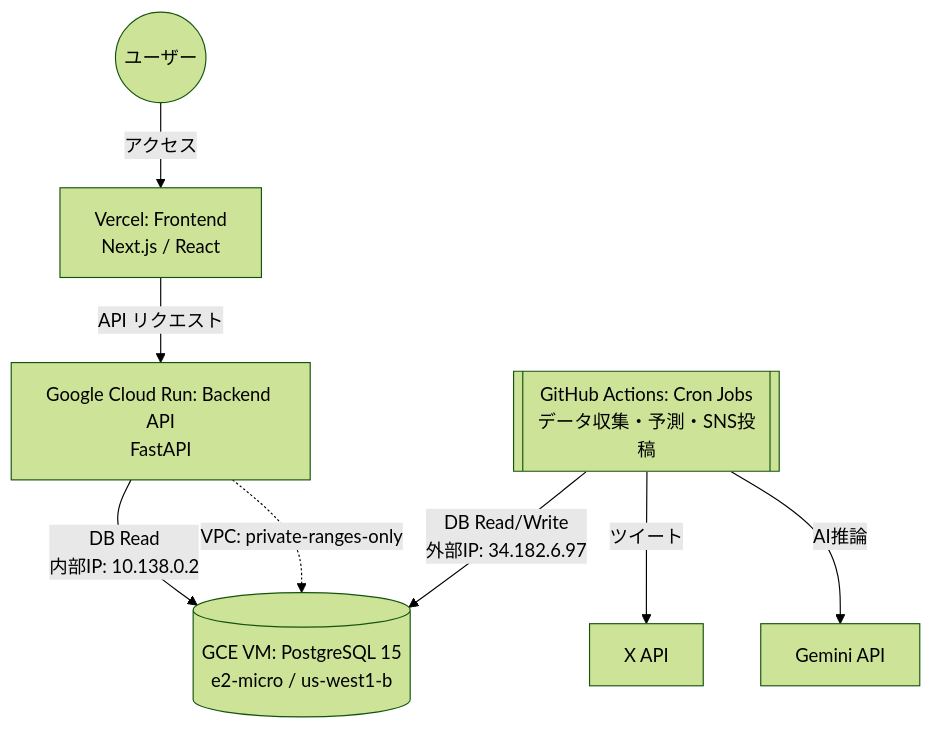
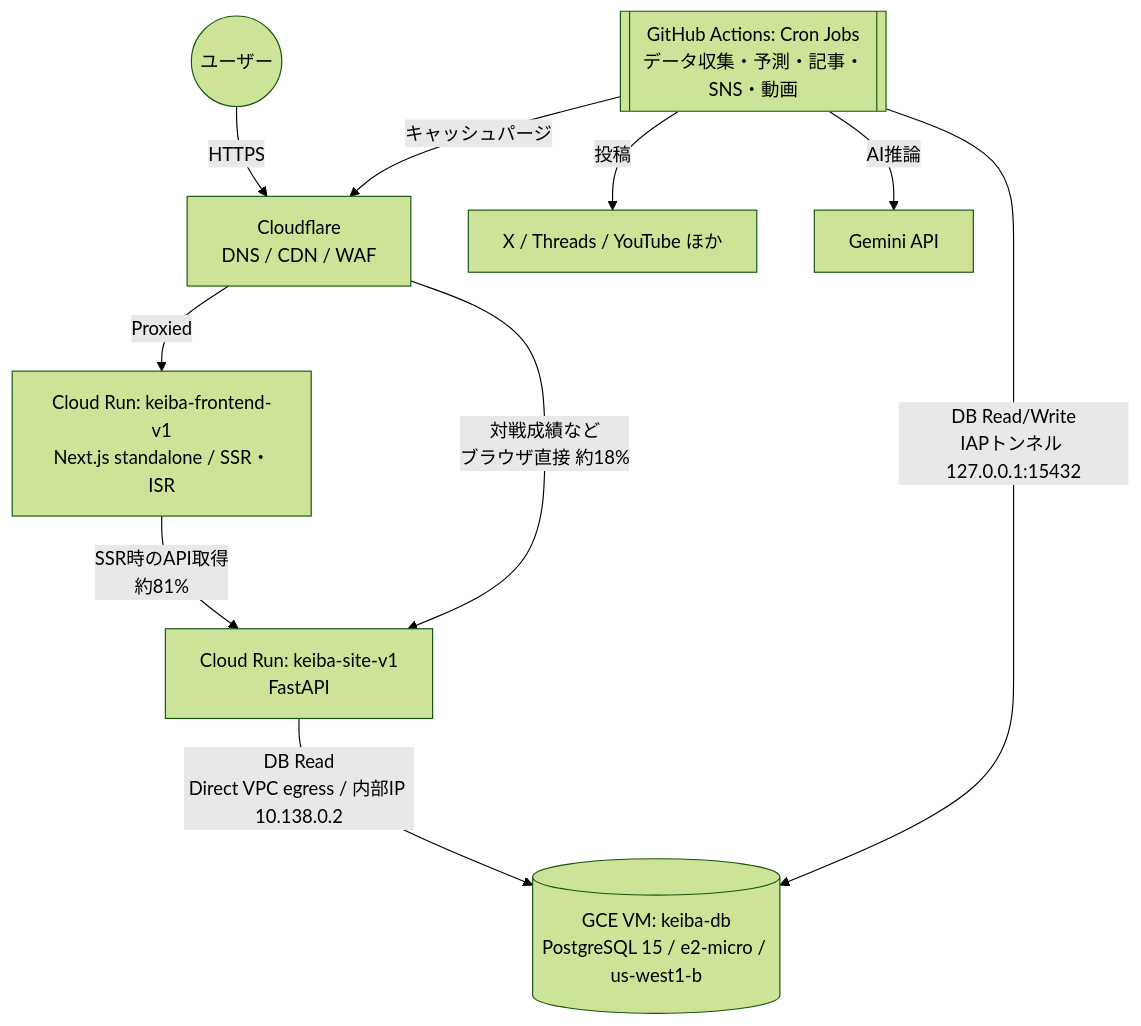
Before and after one commit to umazkym/keiba_site_v1: the diagram in docs/system-documentation/12_コスト最適化アーキテクチャ.md, drawn with Mermaid (forest theme). The commit also changed other lines of this file and 35 other files, not shown here.

````diff
--- a/docs/system-documentation/12_コスト最適化アーキテクチャ.md
+++ b/docs/system-documentation/12_コスト最適化アーキテクチャ.md
@@ -25,13 +32,14 @@
 ```mermaid
 graph TD
-    User((ユーザー)) -->|アクセス| Vercel[Vercel: Frontend<br>Next.js / React]
-    Vercel -->|API リクエスト| CloudRun[Google Cloud Run: Backend API<br>FastAPI]
-    
-    CloudRun -->|DB Read<br>内部IP: 10.138.0.2| GCE[(GCE VM: PostgreSQL 15<br>e2-micro / us-west1-b)]
-    GitHub[[GitHub Actions: Cron Jobs<br>データ収集・予測・SNS投稿]] -->|DB Read/Write<br>外部IP: 34.182.6.97| GCE
-    
-    GitHub -->|ツイート| Twitter[X API]
+    User((ユーザー)) -->|HTTPS| CF[Cloudflare<br>DNS / CDN / WAF]
+    CF -->|Proxied| FE[Cloud Run: keiba-frontend-v1<br>Next.js standalone / SSR・ISR]
+    FE -->|SSR時のAPI取得<br>約81%| API[Cloud Run: keiba-site-v1<br>FastAPI]
+    CF -->|対戦成績など<br>ブラウザ直接 約18%| API
+
+    API -->|DB Read<br>Direct VPC egress / 内部IP 10.138.0.2| GCE[(GCE VM: keiba-db<br>PostgreSQL 15 / e2-micro / us-west1-b)]
+    GitHub[[GitHub Actions: Cron Jobs<br>データ収集・予測・記事・SNS・動画]] -->|DB Read/Write<br>IAPトンネル 127.0.0.1:15432| GCE
+
+    GitHub -->|投稿| SNS[X / Threads / YouTube ほか]
     GitHub -->|AI推論| Gemini[Gemini API]
-    
-    CloudRun -.->|VPC: private-ranges-only| GCE
+    GitHub -->|キャッシュパージ| CF
 ```
````
